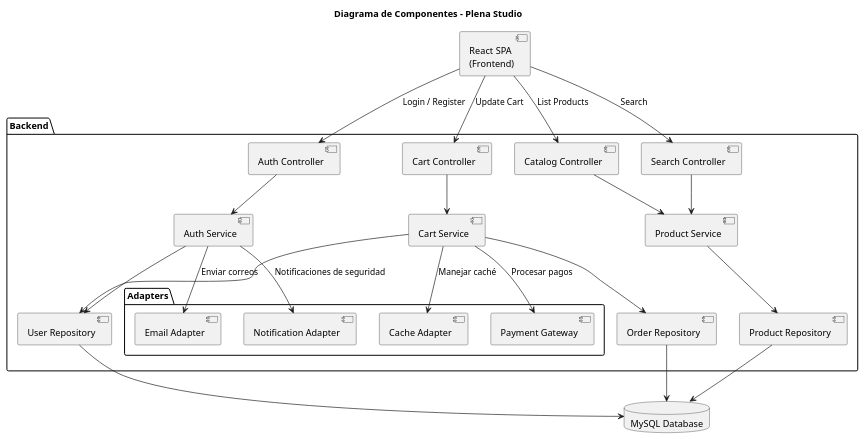
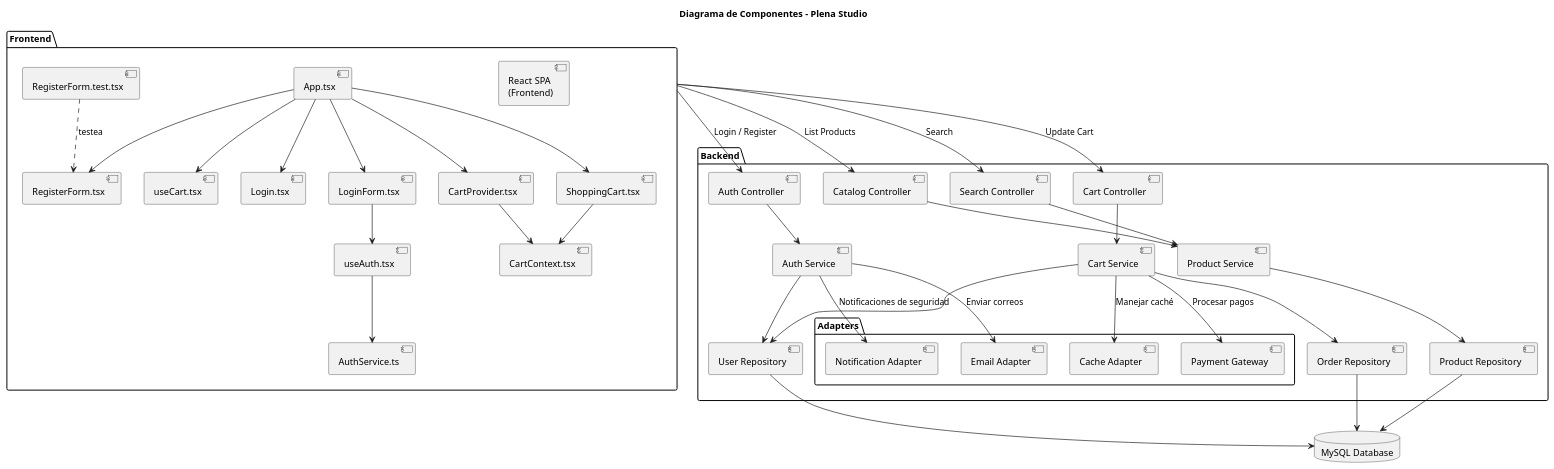
Before and after one commit to wilmereleon/PlenaStudio: the diagram in Diagramas/PUML/diagramaClasesComponentes.puml, drawn with PlantUML. The commit also changed 11 other files, not shown here.

```diff
--- a/Diagramas/PUML/diagramaClasesComponentes.puml
+++ b/Diagramas/PUML/diagramaClasesComponentes.puml
@@ -1,68 +1,93 @@
 @startuml
 title Diagrama de Componentes – Plena Studio
 
 ' Componente del Frontend
-component "React SPA\n(Frontend)" as Frontend
+allowmixing
+package "Frontend" {
+  component "React SPA\n(Frontend)" as Frontend
+  component "App.tsx" as App
+  component "RegisterForm.tsx" as RegisterForm
+  component "Login.tsx" as Login
+  component "LoginForm.tsx" as LoginForm
+  component "ShoppingCart.tsx" as ShoppingCart
+  component "CartContext.tsx" as CartContext
+  component "CartProvider.tsx" as CartProvider
+  component "useCart.tsx" as useCart
+  component "useAuth.tsx" as useAuth
+  component "AuthService.ts" as AuthService
+  component "RegisterForm.test.tsx" as RegisterFormTest
+}
 
 ' Agrupación de componentes del Backend
 package "Backend" {
   ' Controladores
   component "Auth Controller" as AuthCtrl
   component "Catalog Controller" as CatCtrl
   component "Cart Controller" as CartCtrl
   component "Search Controller" as SearchCtrl
   
   ' Servicios
   component "Auth Service" as AuthSvc
   component "Product Service" as ProdSvc
   component "Cart Service" as CartSvc
   
   ' Repositorios
   component "User Repository" as UserRepo
   component "Product Repository" as ProdRepo
   component "Order Repository" as OrderRepo
   
   ' Adaptadores / Integraciones
   package "Adapters" {
     component "Payment Gateway" as PaymentGateway
     component "Email Adapter" as EmailAdapter
     component "Notification Adapter" as NotificationAdapter
     component "Cache Adapter" as CacheAdapter
   }
 }
 
 ' Base de Datos
 database "MySQL Database" as DB
 
-' Relaciones entre componentes
+' Relaciones entre componentes Frontend
+App --> RegisterForm
+App --> Login
+App --> LoginForm
+App --> ShoppingCart
+App --> CartProvider
+CartProvider --> CartContext
+ShoppingCart --> CartContext
+RegisterFormTest ..> RegisterForm : testea
+LoginForm --> useAuth
+useAuth --> AuthService
+App --> useCart
 
-' El Frontend consume los Controladores
+' El Frontend consume los Controladores del Backend
 Frontend --> AuthCtrl : Login / Register
 Frontend --> CatCtrl : List Products
 Frontend --> CartCtrl : Update Cart
 Frontend --> SearchCtrl : Search
 
 ' Los Controladores se apoyan en los servicios
 AuthCtrl --> AuthSvc
 CatCtrl --> ProdSvc
 CartCtrl --> CartSvc
 SearchCtrl --> ProdSvc
 
 ' Los Servicios interactúan con los Repositorios
 AuthSvc --> UserRepo
 ProdSvc --> ProdRepo
 CartSvc --> UserRepo
 CartSvc --> OrderRepo
 
 ' Los Repositorios se conectan con la Base de Datos
 UserRepo --> DB
 ProdRepo --> DB
 OrderRepo --> DB
 
 ' Los Servicios integran funciones adicionales mediante los Adaptadores
 AuthSvc --> EmailAdapter : Enviar correos
 AuthSvc --> NotificationAdapter : Notificaciones de seguridad
 CartSvc --> PaymentGateway : Procesar pagos
 CartSvc --> CacheAdapter : Manejar caché
 
 @enduml
```
